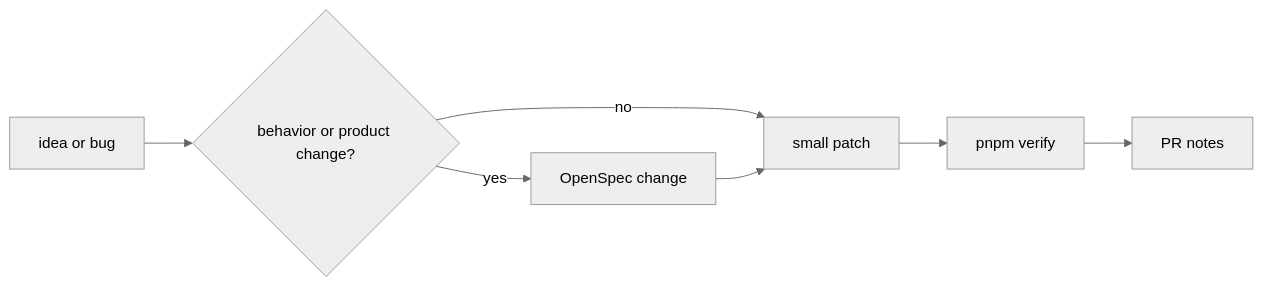
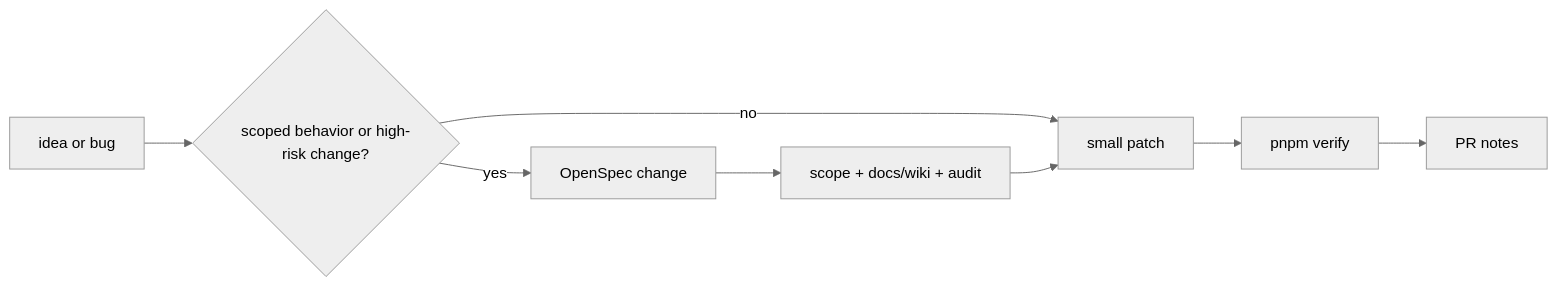
The diagram in CONTRIBUTING.md (cnodejs/cnode-next), drawn with Mermaid (neutral theme) before and after one commit. The commit also changed other lines of this file and 9 other files, not shown here.

Commit message:
docs: strengthen OpenSpec change governance

````diff
--- a/CONTRIBUTING.md
+++ b/CONTRIBUTING.md
@@ -11,9 +11,10 @@
 ```mermaid
 flowchart LR
-  Idea[idea or bug] --> Scope{behavior or product change?}
+  Idea[idea or bug] --> Scope{scoped behavior or high-risk change?}
   Scope -- yes --> OpenSpec[OpenSpec change]
   Scope -- no --> Patch[small patch]
-  OpenSpec --> Patch
+  OpenSpec --> Audit[scope + docs/wiki + audit]
+  Audit --> Patch
   Patch --> Verify[pnpm verify]
   Verify --> PR[PR notes]
 ```
````
